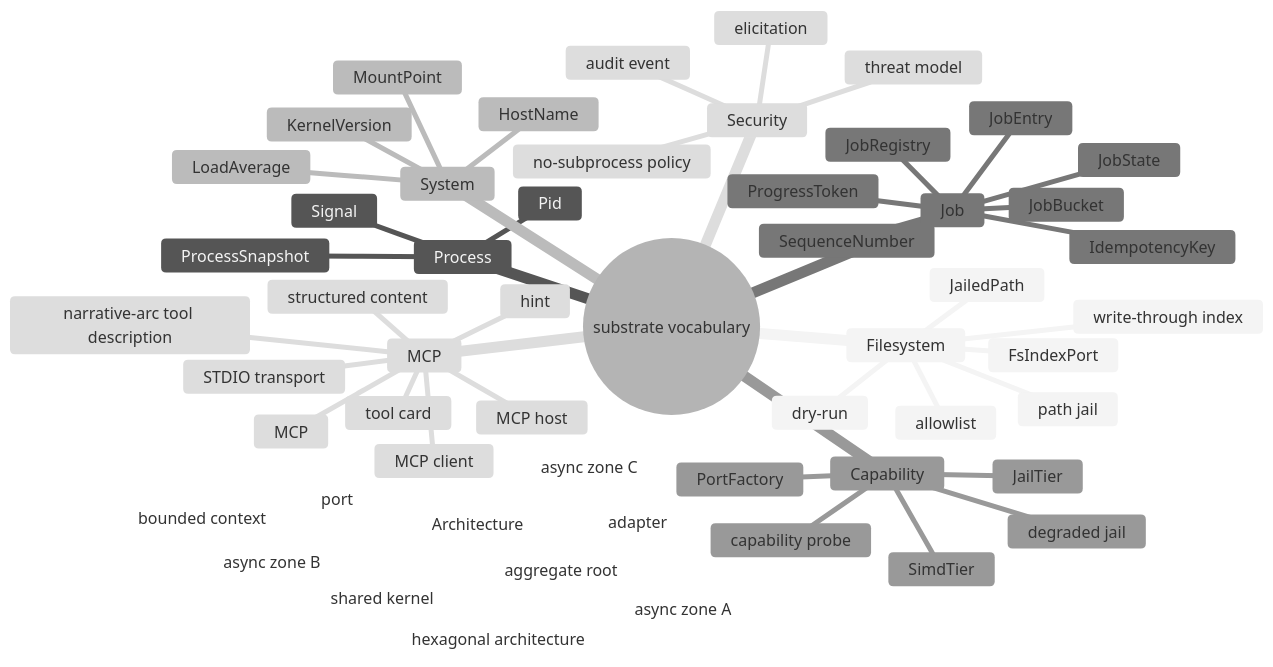
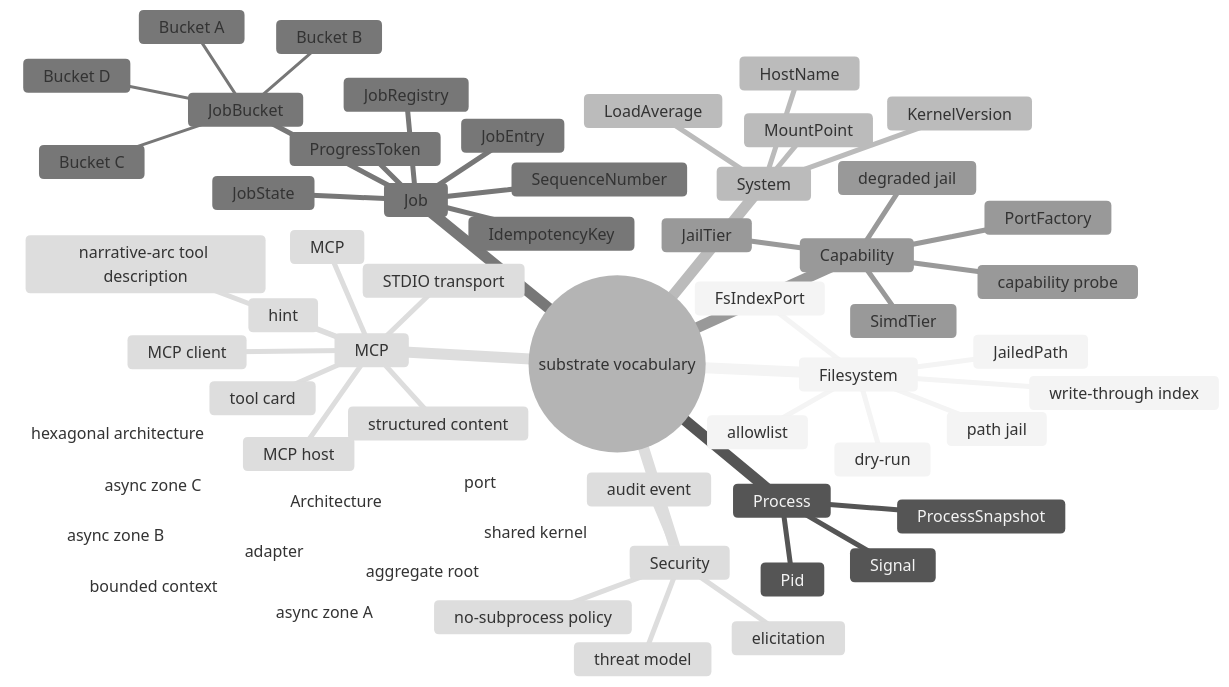
The diagram in docs/arch/glossary.md (farchanjo/substrate), drawn with Mermaid (neutral theme) before and after one commit. The commit also changed other lines of this file and 12 other files, not shown here.

````diff
--- a/docs/arch/glossary.md
+++ b/docs/arch/glossary.md
@@ -8,58 +8,62 @@
 ```mermaid
 mindmap
   root((substrate vocabulary))
     Filesystem
       JailedPath
       allowlist
       path jail
       dry-run
       write-through index
       FsIndexPort
     Process
       Pid
       ProcessSnapshot
       Signal
     System
       KernelVersion
       HostName
       MountPoint
       LoadAverage
     Job
       JobState
       JobEntry
       JobRegistry
       JobBucket
+        Bucket A
+        Bucket B
+        Bucket C
+        Bucket D
       IdempotencyKey
       ProgressToken
       SequenceNumber
     Capability
       SimdTier
       JailTier
       PortFactory
       capability probe
       degraded jail
     Security
       elicitation
       audit event
       no-subprocess policy
       threat model
     Architecture
       bounded context
       aggregate root
       port
       adapter
       hexagonal architecture
       shared kernel
       async zone A
       async zone B
       async zone C
     MCP
       MCP
       MCP client
       MCP host
       STDIO transport
       narrative-arc tool description
       structured content
       hint
       tool card
 ```
````
